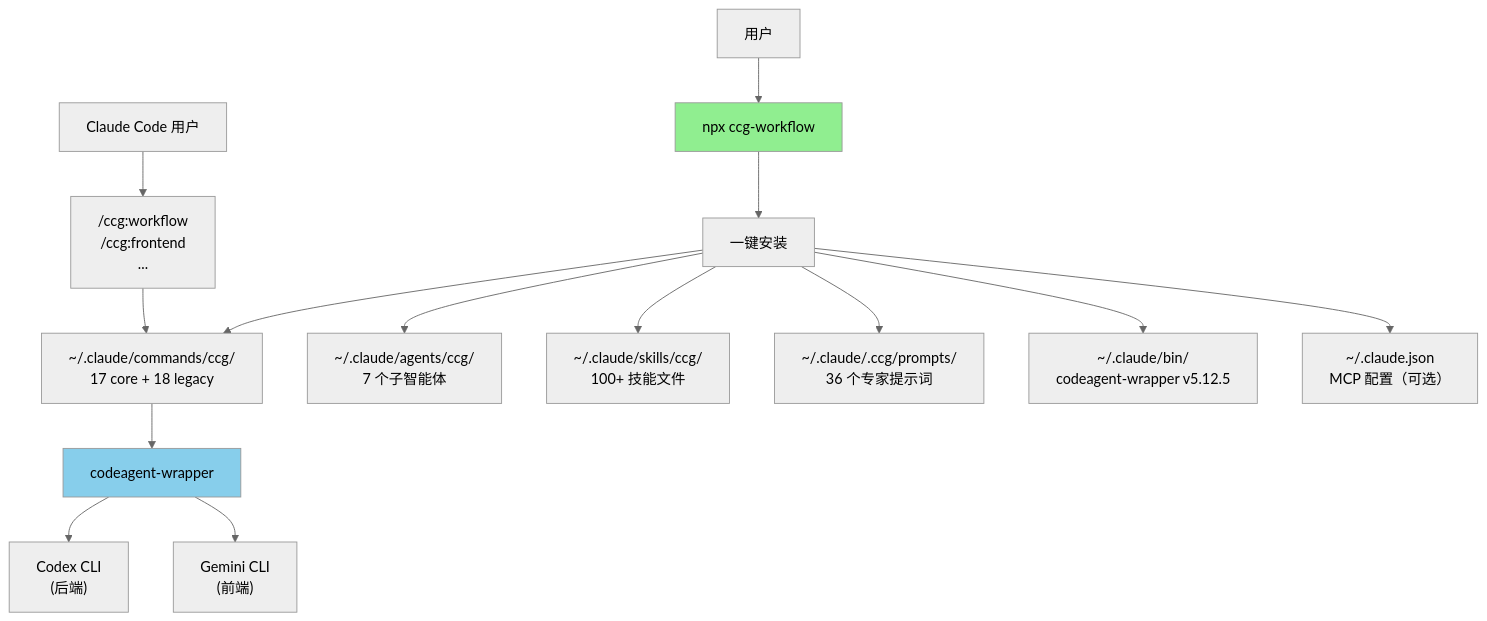
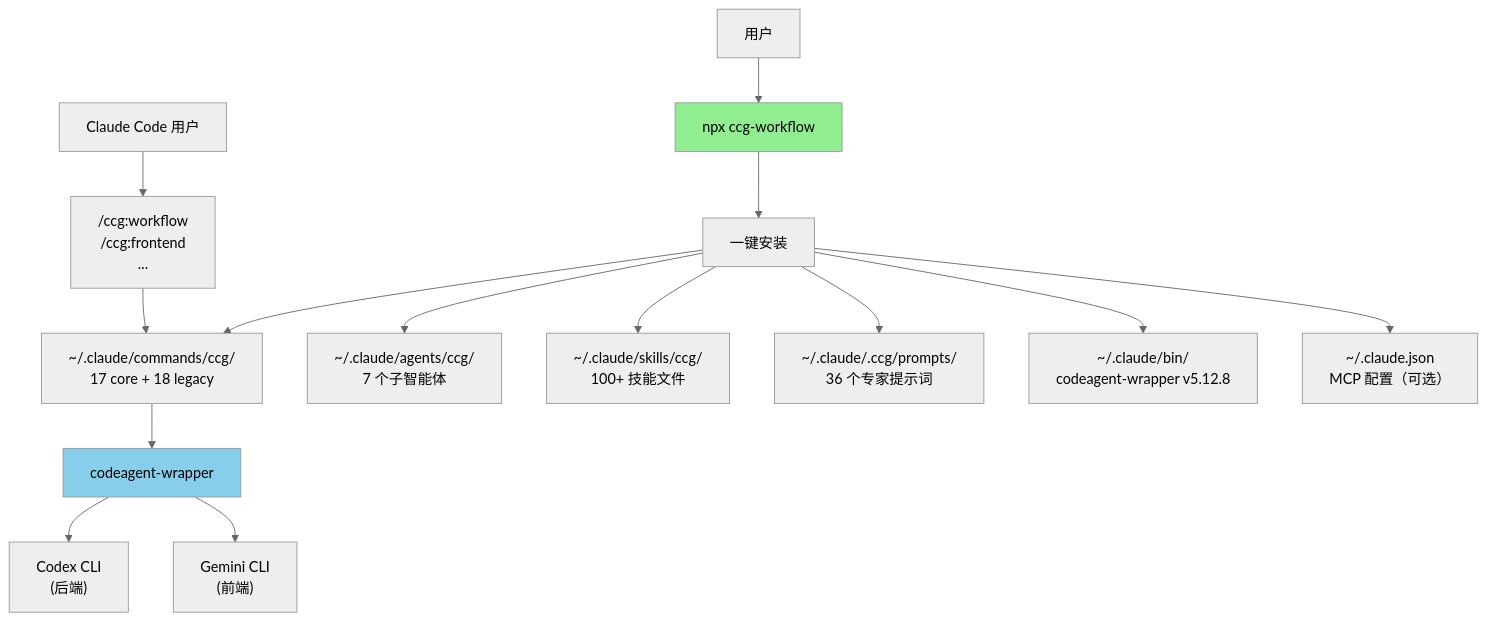
One commit to jed-zed/trellis-ccg-harness changed the diagram in components/ccg-workflow/CLAUDE.md. Above: the diagram before and after it, drawn with Mermaid (neutral theme). The commit also changed other lines of this file and 51 other files, not shown here.

````diff
--- a/components/ccg-workflow/CLAUDE.md
+++ b/components/ccg-workflow/CLAUDE.md
@@ -691,22 +696,22 @@
 ```mermaid
 graph TD
     User["用户"] --> CLI["npx ccg-workflow"]
     CLI --> Init["一键安装"]
 
     Init --> Commands["~/.claude/commands/ccg/<br/>17 core + 18 legacy"]
     Init --> Agents["~/.claude/agents/ccg/<br/>7 个子智能体"]
     Init --> Skills["~/.claude/skills/ccg/<br/>100+ 技能文件"]
     Init --> Prompts["~/.claude/.ccg/prompts/<br/>36 个专家提示词"]
-    Init --> Binary["~/.claude/bin/<br/>codeagent-wrapper v5.12.5"]
+    Init --> Binary["~/.claude/bin/<br/>codeagent-wrapper v5.12.8"]
     Init --> MCP["~/.claude.json<br/>MCP 配置（可选）"]
 
     User2["Claude Code 用户"] --> SlashCmd["/ccg:workflow<br/>/ccg:frontend<br/>..."]
     SlashCmd --> Commands
 
     Commands --> Wrapper["codeagent-wrapper"]
     Wrapper --> Codex["Codex CLI<br/>(后端)"]
     Wrapper --> Gemini["Gemini CLI<br/>(前端)"]
 
     style CLI fill:#90EE90
     style Wrapper fill:#87CEEB
 ```
````
